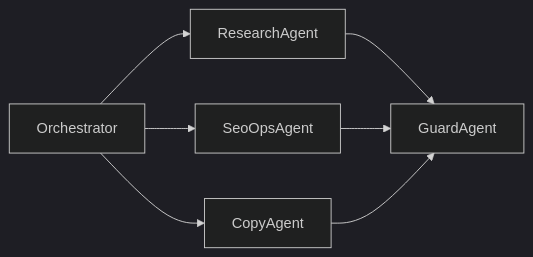
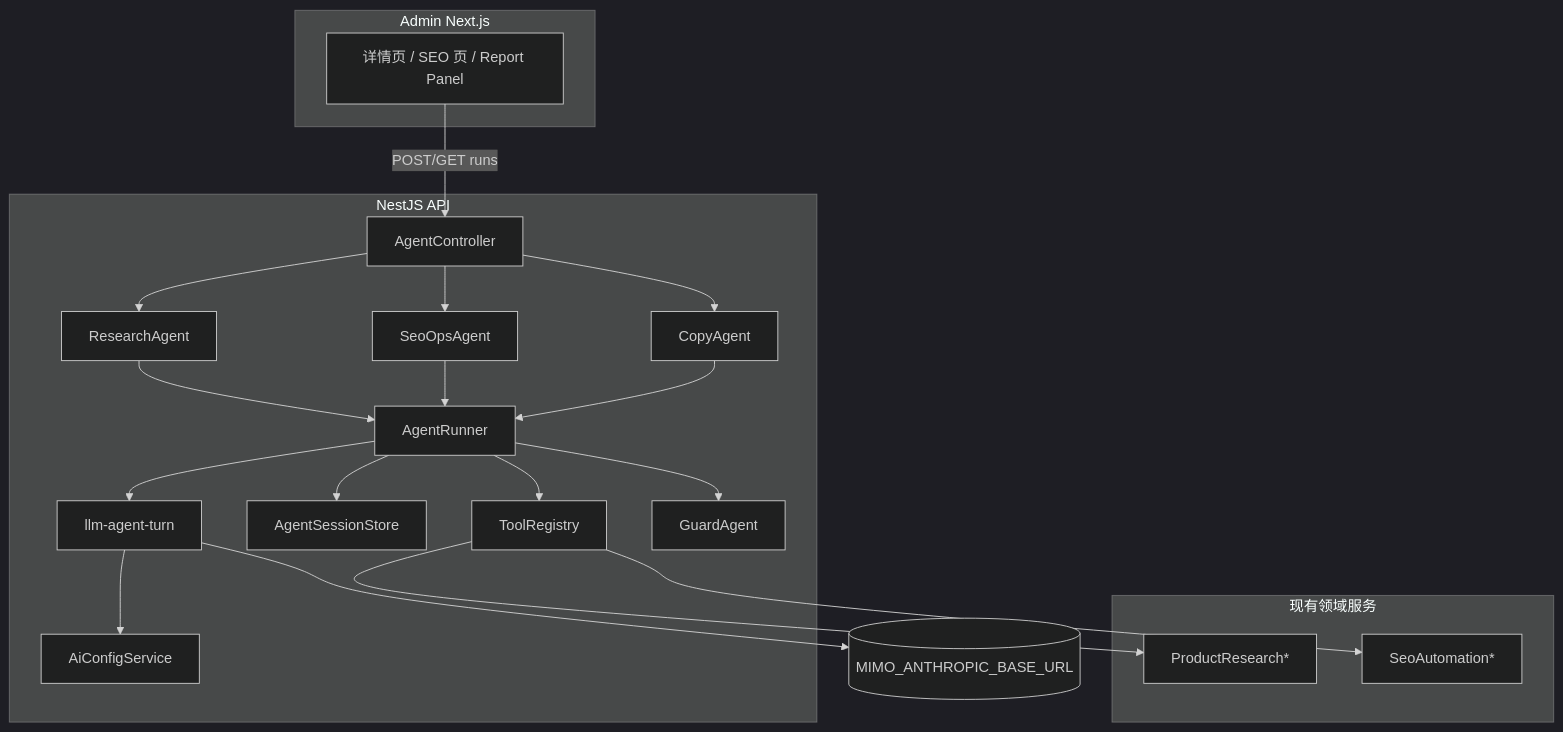
One commit to ruirui-wang-study/HighFashion changed the fourth of 5 diagrams in docs/admin-ai-agent-design.md. Above: the diagram before and after it, drawn with Mermaid (dark theme). The commit also changed other lines of this file and 110 other files, not shown here.

````diff
--- a/docs/admin-ai-agent-design.md
+++ b/docs/admin-ai-agent-design.md
@@ -185,15 +223,38 @@
 ```mermaid
-flowchart LR
-  O[Orchestrator]
-  R[ResearchAgent]
-  S[SeoOpsAgent]
-  C[CopyAgent]
-  G[GuardAgent]
+flowchart TB
+  subgraph admin [Admin Next.js]
+    UI[详情页 / SEO 页 / Report Panel]
+  end
 
-  O --> R
-  O --> S
-  O --> C
-  R --> G
-  S --> G
-  C --> G
+  subgraph api [NestJS API]
+    GW[AgentController]
+    RUN[AgentRunner]
+    TOOLS[ToolRegistry]
+    SESS[AgentSessionStore]
+    TURN[llm-agent-turn]
+    CFG[AiConfigService]
+    R[ResearchAgent]
+    S[SeoOpsAgent]
+    C[CopyAgent]
+    G[GuardAgent]
+  end
+
+  subgraph domain [现有领域服务]
+    PR[ProductResearch*]
+    SEO[SeoAutomation*]
+  end
+
+  UI -->|POST/GET runs| GW
+  GW --> R
+  GW --> S
+  GW --> C
+  R & S & C --> RUN
+  RUN --> TURN
+  RUN --> TOOLS
+  RUN --> SESS
+  RUN --> G
+  TOOLS --> PR
+  TOOLS --> SEO
+  TURN --> CFG
+  TURN --> MiMo[(MIMO_ANTHROPIC_BASE_URL)]
 ```
````
